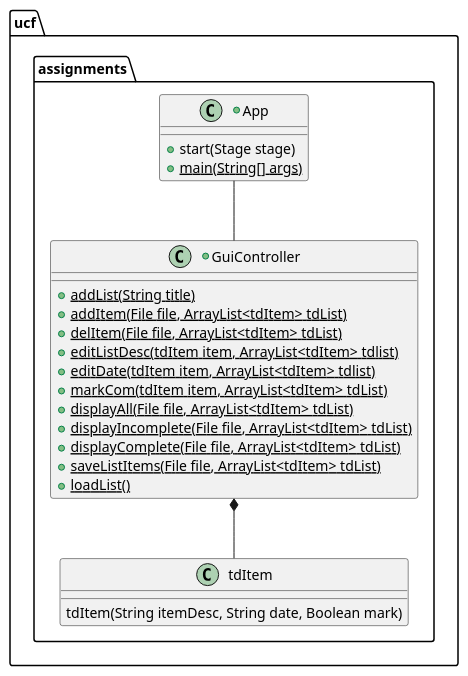
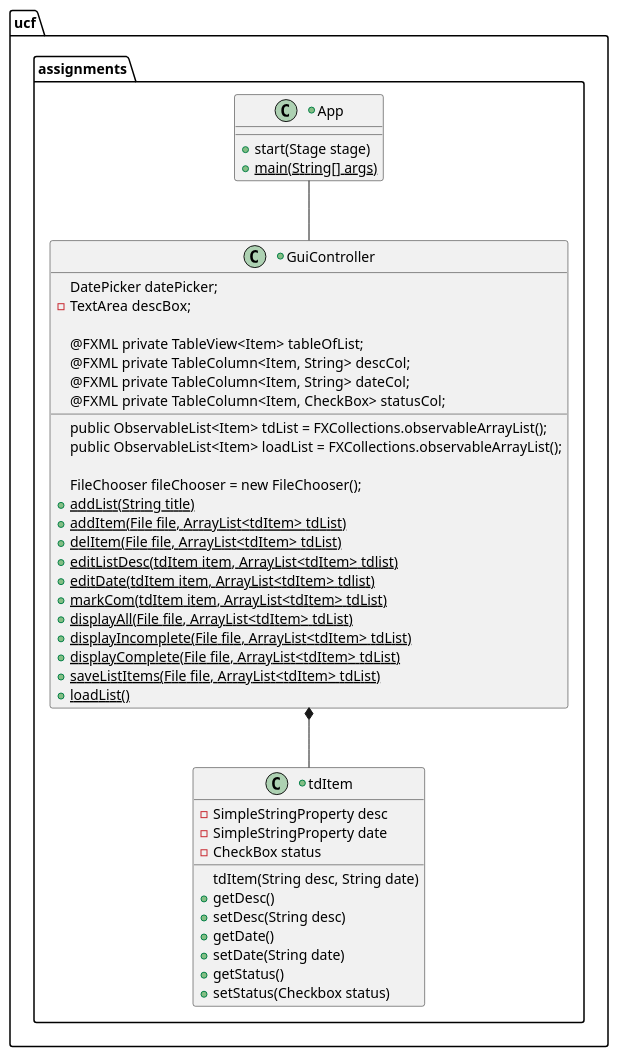
Before and after one commit to ayeekee/yeekee-cop3330-assignment4part2: the diagram in uml/App.javaCD.puml, drawn with PlantUML. The commit also changed 4 other files, not shown here.

Commit message:
loadList function loads todo list user saved in their hard drive

```diff
--- a/uml/App.javaCD.puml
+++ b/uml/App.javaCD.puml
@@ -1,32 +1,56 @@
 @startuml
 'https://plantuml.com/class-diagram
 
 package ucf.assignments{
 
     GuiController *-- tdItem
     App -- GuiController
 
     +Class App{
-    +start(Stage stage)
-    +{static}main(String[] args)
+        +start(Stage stage)
+        +{static}main(String[] args)
     }
 
-    Class tdItem{
-        tdItem(String itemDesc, String date, Boolean mark)
+    +Class tdItem{
+        -SimpleStringProperty desc
+        -SimpleStringProperty date
+        -CheckBox status
+
+        tdItem(String desc, String date)
+        +getDesc()
+        +setDesc(String desc)
+        +getDate()
+        +setDate(String date)
+        +getStatus()
+        +setStatus(Checkbox status)
     }
 
     +Class GuiController{
+        DatePicker datePicker;
+        -TextArea descBox;
+
+            @FXML private TableView<Item> tableOfList;
+            @FXML private TableColumn<Item, String> descCol;
+            @FXML private TableColumn<Item, String> dateCol;
+            @FXML private TableColumn<Item, CheckBox> statusCol;
+
+            public ObservableList<Item> tdList = FXCollections.observableArrayList();
+            public ObservableList<Item> loadList = FXCollections.observableArrayList();
+
+            FileChooser fileChooser = new FileChooser();
+
+
         +{static}addList(String title)
         +{static}addItem(File file, ArrayList<tdItem> tdList)
         +{static}delItem(File file, ArrayList<tdItem> tdList)
         +{static}editListDesc(tdItem item, ArrayList<tdItem> tdlist)
         +{static}editDate(tdItem item, ArrayList<tdItem> tdlist)
         +{static}markCom(tdItem item, ArrayList<tdItem> tdList)
         +{static}displayAll(File file, ArrayList<tdItem> tdList)
         +{static}displayIncomplete(File file, ArrayList<tdItem> tdList)
         +{static}displayComplete(File file, ArrayList<tdItem> tdList)
         +{static}saveListItems(File file, ArrayList<tdItem> tdList)
         +{static}loadList()
     }
 }
 @enduml
```
